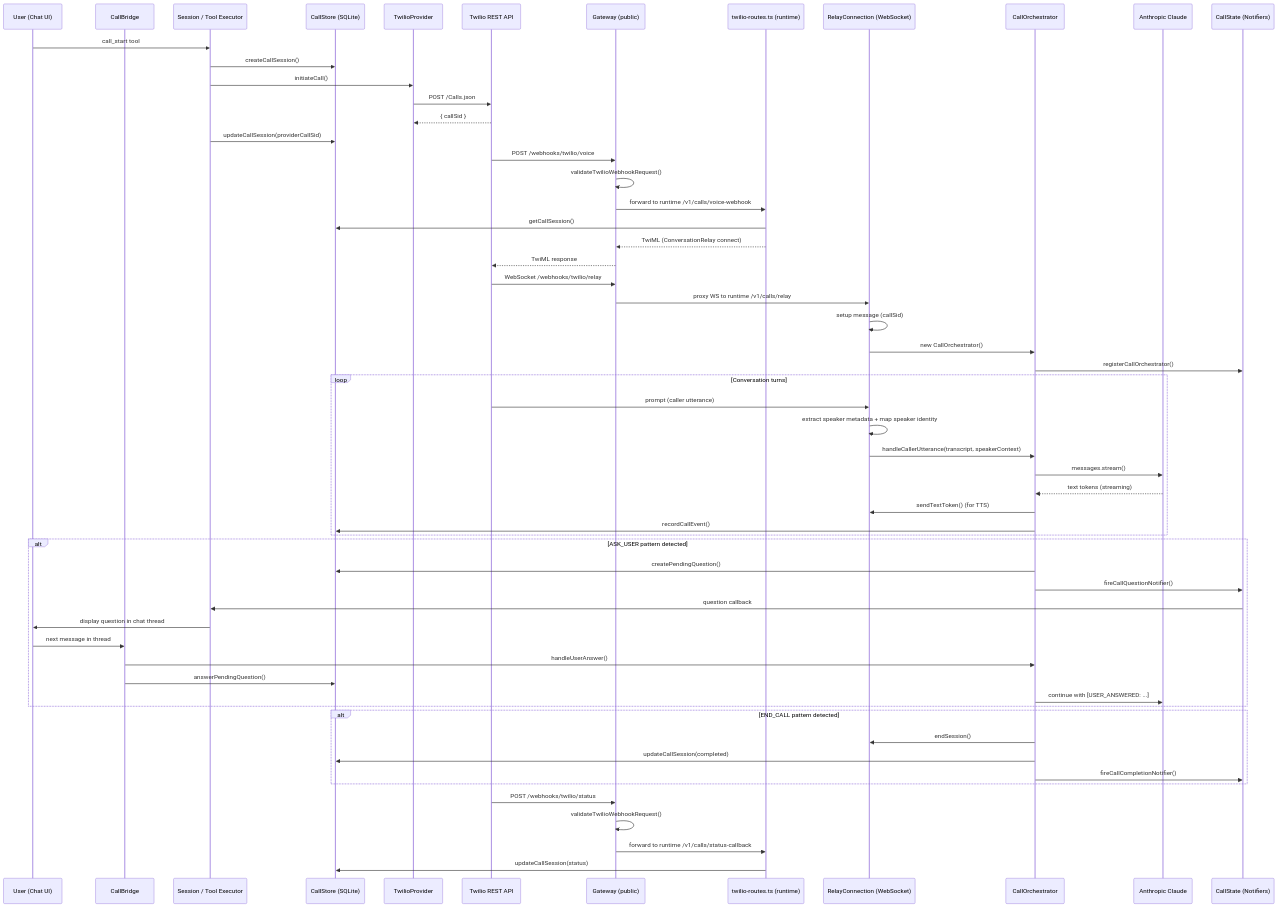
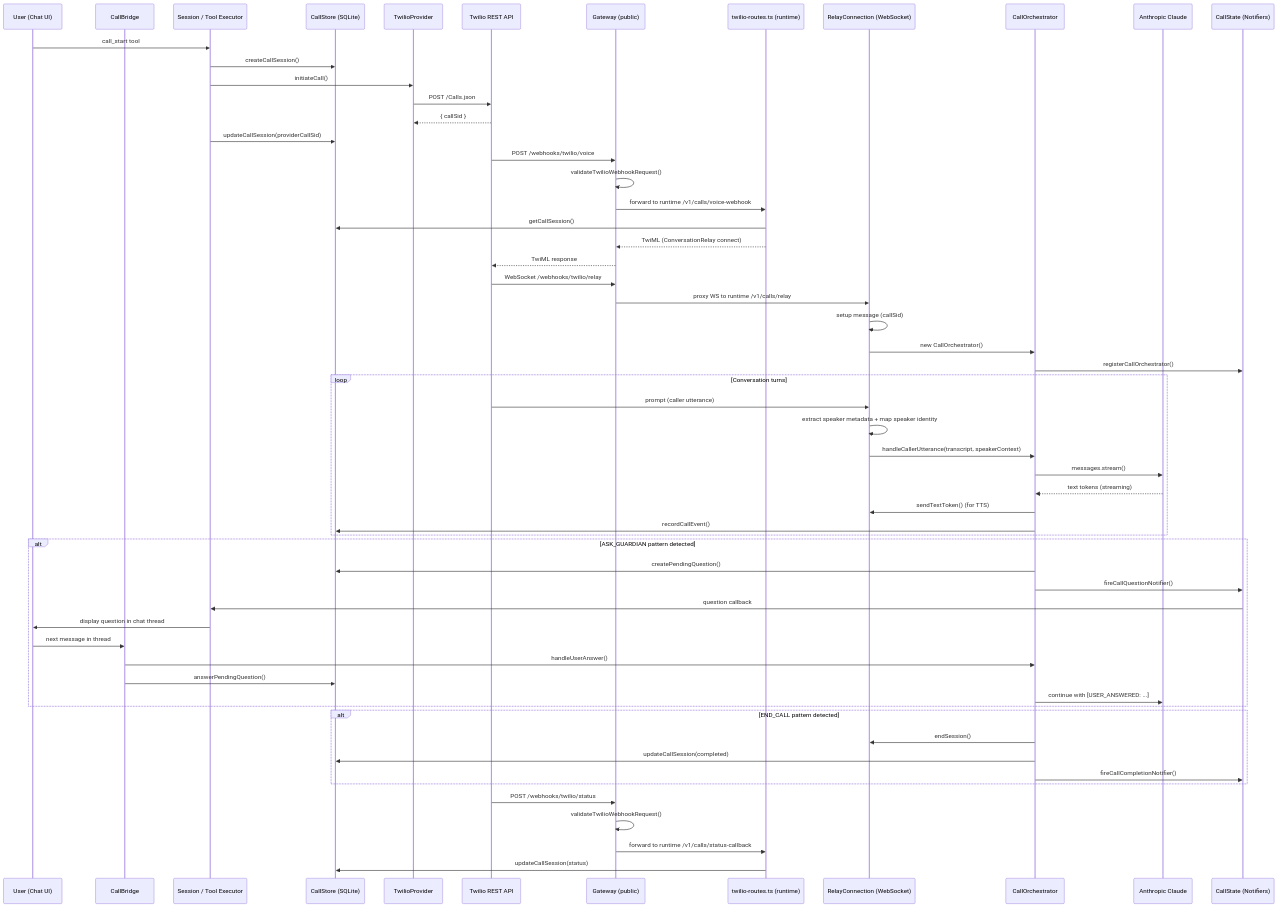
Before and after one commit to vellum-ai/vellum-assistant: diagram 49 of 51 in ARCHITECTURE.md, drawn with Mermaid. The commit also changed other lines of this file and 3 other files, not shown here.

Commit message:
refactor: rename ASK_USER marker to ASK_GUARDIAN

````diff
--- a/ARCHITECTURE.md
+++ b/ARCHITECTURE.md
@@ -3863,67 +3863,67 @@
 ```mermaid
 sequenceDiagram
     participant User as User (Chat UI)
     participant Bridge as CallBridge
     participant Session as Session / Tool Executor
     participant CallStore as CallStore (SQLite)
     participant TwilioProvider as TwilioProvider
     participant TwilioAPI as Twilio REST API
     participant Gateway as Gateway (public)
     participant Routes as twilio-routes.ts (runtime)
     participant WS as RelayConnection (WebSocket)
     participant Orch as CallOrchestrator
     participant LLM as Anthropic Claude
     participant State as CallState (Notifiers)
 
     User->>Session: call_start tool
     Session->>CallStore: createCallSession()
     Session->>TwilioProvider: initiateCall()
     TwilioProvider->>TwilioAPI: POST /Calls.json
     TwilioAPI-->>TwilioProvider: { callSid }
     Session->>CallStore: updateCallSession(providerCallSid)
 
     TwilioAPI->>Gateway: POST /webhooks/twilio/voice
     Gateway->>Gateway: validateTwilioWebhookRequest()
     Gateway->>Routes: forward to runtime /v1/calls/voice-webhook
     Routes->>CallStore: getCallSession()
     Routes-->>Gateway: TwiML (ConversationRelay connect)
     Gateway-->>TwilioAPI: TwiML response
 
     TwilioAPI->>Gateway: WebSocket /webhooks/twilio/relay
     Gateway->>WS: proxy WS to runtime /v1/calls/relay
     WS->>WS: setup message (callSid)
     WS->>Orch: new CallOrchestrator()
     Orch->>State: registerCallOrchestrator()
 
     loop Conversation turns
         TwilioAPI->>WS: prompt (caller utterance)
         WS->>WS: extract speaker metadata + map speaker identity
         WS->>Orch: handleCallerUtterance(transcript, speakerContext)
         Orch->>LLM: messages.stream()
         LLM-->>Orch: text tokens (streaming)
         Orch->>WS: sendTextToken() (for TTS)
         Orch->>CallStore: recordCallEvent()
     end
 
-    alt ASK_USER pattern detected
+    alt ASK_GUARDIAN pattern detected
         Orch->>CallStore: createPendingQuestion()
         Orch->>State: fireCallQuestionNotifier()
         State->>Session: question callback
         Session->>User: display question in chat thread
         User->>Bridge: next message in thread
         Bridge->>Orch: handleUserAnswer()
         Bridge->>CallStore: answerPendingQuestion()
         Orch->>LLM: continue with [USER_ANSWERED: ...]
     end
 
     alt END_CALL pattern detected
         Orch->>WS: endSession()
         Orch->>CallStore: updateCallSession(completed)
         Orch->>State: fireCallCompletionNotifier()
     end
 
     TwilioAPI->>Gateway: POST /webhooks/twilio/status
     Gateway->>Gateway: validateTwilioWebhookRequest()
     Gateway->>Routes: forward to runtime /v1/calls/status-callback
     Routes->>CallStore: updateCallSession(status)
 ```
````
